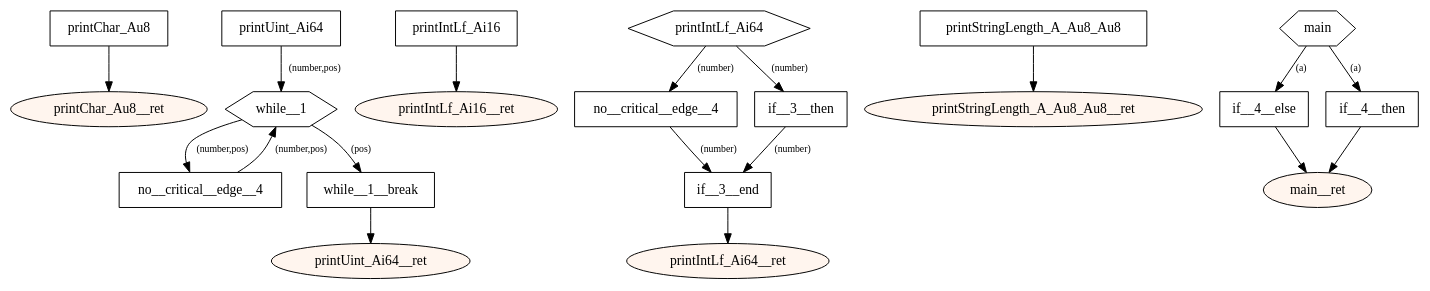
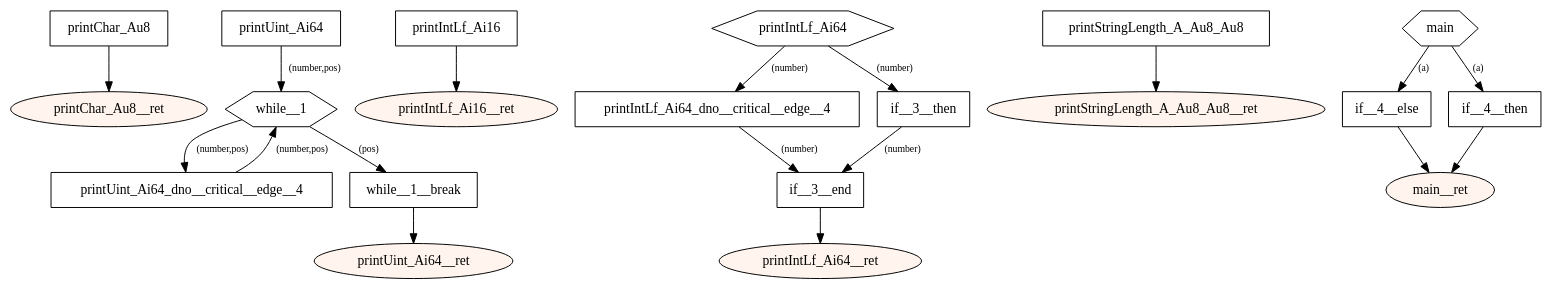
One commit to tmssngr/tinyC changed the diagram in src/main/resources-test/compiler/windows/ifelse.dot. Above: the diagram before and after it, drawn with Graphviz. The commit also changed 41 other files, not shown here.

Commit message:
Cfg: create unique no-critical-edge block name

```diff
--- a/src/main/resources-test/compiler/windows/ifelse.dot
+++ b/src/main/resources-test/compiler/windows/ifelse.dot
@@ -1,52 +1,52 @@
 digraph program {
 	edge[fontsize="10pt"];
 	subgraph fn_printChar_Au8 {
 		BasicBlock_0_printChar_Au8 [label="printChar_Au8",shape=box];
 		BasicBlock_0_printChar_Au8 -> BasicBlock_0_printChar_Au8__ret;
 		BasicBlock_0_printChar_Au8__ret [label="printChar_Au8__ret",shape=oval,style=filled,fillcolor="#fff5ee"];
 	}
 	subgraph fn_printUint_Ai64 {
 		BasicBlock_1_printUint_Ai64 [label="printUint_Ai64",shape=box];
 		BasicBlock_1_printUint_Ai64 -> BasicBlock_1_while__1 [label="(number,pos)"];
-		BasicBlock_1_no__critical__edge__4 [label="no__critical__edge__4",shape=box];
-		BasicBlock_1_no__critical__edge__4 -> BasicBlock_1_while__1 [label="(number,pos)"];
+		BasicBlock_1_printUint_Ai64_dno__critical__edge__4 [label="printUint_Ai64_dno__critical__edge__4",shape=box];
+		BasicBlock_1_printUint_Ai64_dno__critical__edge__4 -> BasicBlock_1_while__1 [label="(number,pos)"];
 		BasicBlock_1_while__1 [label="while__1",shape=hexagon];
-		BasicBlock_1_while__1 -> BasicBlock_1_no__critical__edge__4 [label="(number,pos)"];
+		BasicBlock_1_while__1 -> BasicBlock_1_printUint_Ai64_dno__critical__edge__4 [label="(number,pos)"];
 		BasicBlock_1_while__1 -> BasicBlock_1_while__1__break [label="(pos)"];
 		BasicBlock_1_while__1__break [label="while__1__break",shape=box];
 		BasicBlock_1_while__1__break -> BasicBlock_1_printUint_Ai64__ret;
 		BasicBlock_1_printUint_Ai64__ret [label="printUint_Ai64__ret",shape=oval,style=filled,fillcolor="#fff5ee"];
 	}
 	subgraph fn_printIntLf_Ai16 {
 		BasicBlock_2_printIntLf_Ai16 [label="printIntLf_Ai16",shape=box];
 		BasicBlock_2_printIntLf_Ai16 -> BasicBlock_2_printIntLf_Ai16__ret;
 		BasicBlock_2_printIntLf_Ai16__ret [label="printIntLf_Ai16__ret",shape=oval,style=filled,fillcolor="#fff5ee"];
 	}
 	subgraph fn_printIntLf_Ai64 {
 		BasicBlock_3_printIntLf_Ai64 [label="printIntLf_Ai64",shape=hexagon];
-		BasicBlock_3_printIntLf_Ai64 -> BasicBlock_3_no__critical__edge__4 [label="(number)"];
+		BasicBlock_3_printIntLf_Ai64 -> BasicBlock_3_printIntLf_Ai64_dno__critical__edge__4 [label="(number)"];
 		BasicBlock_3_printIntLf_Ai64 -> BasicBlock_3_if__3__then [label="(number)"];
-		BasicBlock_3_no__critical__edge__4 [label="no__critical__edge__4",shape=box];
-		BasicBlock_3_no__critical__edge__4 -> BasicBlock_3_if__3__end [label="(number)"];
+		BasicBlock_3_printIntLf_Ai64_dno__critical__edge__4 [label="printIntLf_Ai64_dno__critical__edge__4",shape=box];
+		BasicBlock_3_printIntLf_Ai64_dno__critical__edge__4 -> BasicBlock_3_if__3__end [label="(number)"];
 		BasicBlock_3_if__3__then [label="if__3__then",shape=box];
 		BasicBlock_3_if__3__then -> BasicBlock_3_if__3__end [label="(number)"];
 		BasicBlock_3_if__3__end [label="if__3__end",shape=box];
 		BasicBlock_3_if__3__end -> BasicBlock_3_printIntLf_Ai64__ret;
 		BasicBlock_3_printIntLf_Ai64__ret [label="printIntLf_Ai64__ret",shape=oval,style=filled,fillcolor="#fff5ee"];
 	}
 	subgraph fn_printStringLength_A_Au8_Au8 {
 		BasicBlock_4_printStringLength_A_Au8_Au8 [label="printStringLength_A_Au8_Au8",shape=box];
 		BasicBlock_4_printStringLength_A_Au8_Au8 -> BasicBlock_4_printStringLength_A_Au8_Au8__ret;
 		BasicBlock_4_printStringLength_A_Au8_Au8__ret [label="printStringLength_A_Au8_Au8__ret",shape=oval,style=filled,fillcolor="#fff5ee"];
 	}
 	subgraph fn_main {
 		BasicBlock_5_main [label="main",shape=hexagon];
 		BasicBlock_5_main -> BasicBlock_5_if__4__else [label="(a)"];
 		BasicBlock_5_main -> BasicBlock_5_if__4__then [label="(a)"];
 		BasicBlock_5_if__4__else [label="if__4__else",shape=box];
 		BasicBlock_5_if__4__else -> BasicBlock_5_main__ret;
 		BasicBlock_5_if__4__then [label="if__4__then",shape=box];
 		BasicBlock_5_if__4__then -> BasicBlock_5_main__ret;
 		BasicBlock_5_main__ret [label="main__ret",shape=oval,style=filled,fillcolor="#fff5ee"];
 	}
 }
```
